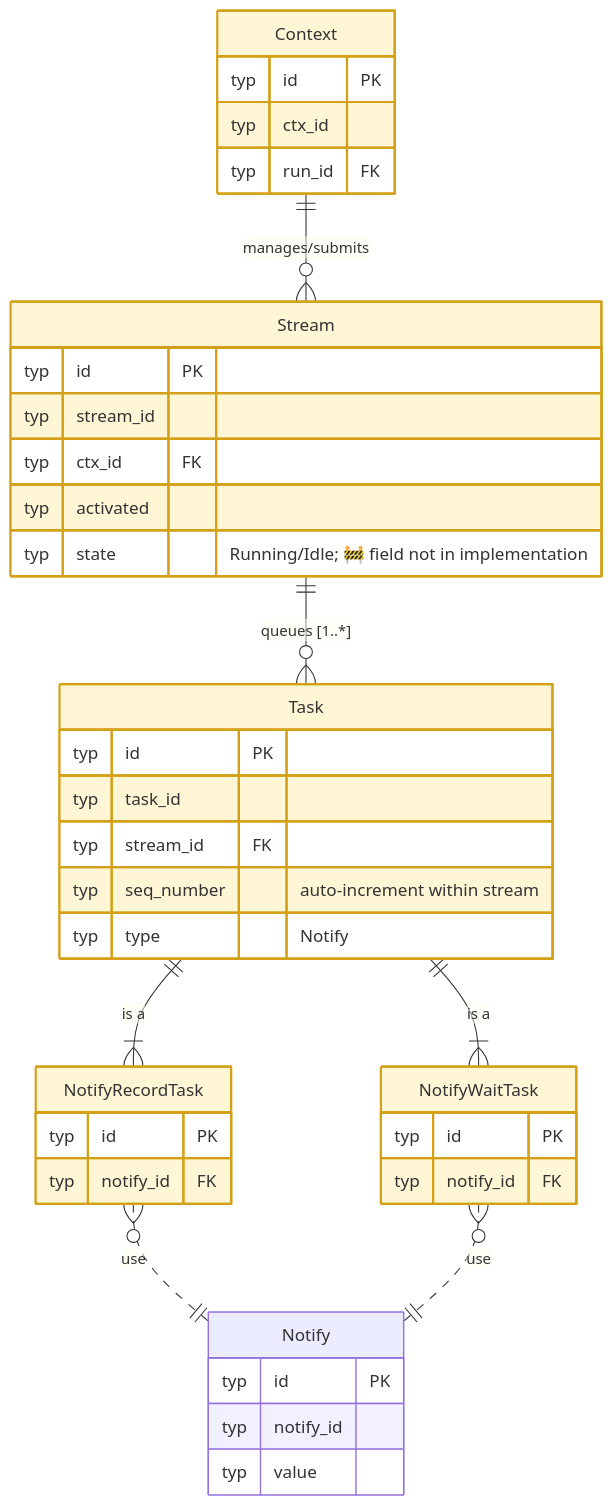
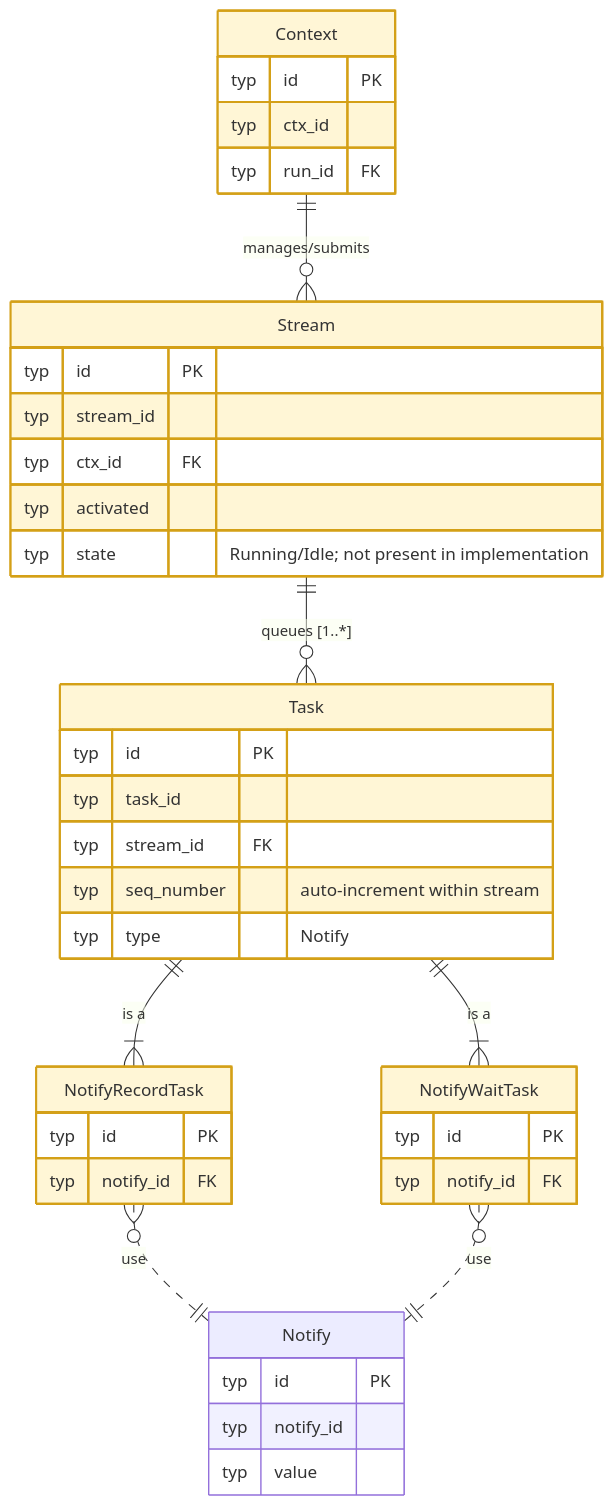
One commit to Atlas-Ascend-Fork/hcomm changed the ninth of 19 diagrams in test/hccl_vm/docs/simulator_runner_data_model_en.md. Above: the diagram before and after it, drawn with Mermaid. The commit also changed other lines of this file and 171 other files, not shown here.

````diff
--- a/test/hccl_vm/docs/simulator_runner_data_model_en.md
+++ b/test/hccl_vm/docs/simulator_runner_data_model_en.md
@@ -796,57 +820,57 @@
 ```mermaid
 erDiagram
     Context {
         typ id PK
         typ ctx_id
         typ run_id FK
     }
 
     Stream {
         typ id PK
         typ stream_id
         typ ctx_id FK
         typ activated
-        typ state "Running/Idle; 🚧 field not in implementation"
+        typ state "Running/Idle; not present in implementation"
     }
-    %% Implementation has no state field; run state is expressed by activated/capture_status/task_complete_status
+    %% Implementation does not have a state field; runtime state is expressed by activated/capture_status/task_complete_status
 
     %% Stream contains an ordered task list
     Context ||--o{ Stream : "manages/submits"
     Stream ||--o{ Task : "queues [1..*]"
 
     Task {
         typ id PK
         typ task_id
         typ stream_id FK
         typ seq_number "auto-increment within stream"
         typ type "Notify"
     }
 
-    %% Various specific Task types (logical inheritance)
+    %% Various concrete Task types (logical inheritance relationship)
     NotifyRecordTask {
         typ id PK
         typ notify_id FK
 
     }
 
     NotifyWaitTask {
         typ id PK
         typ notify_id FK
     }
 
     NotifyRecordTask }o..|| Notify : "use"
     NotifyWaitTask }o..|| Notify : "use"
     Notify {
         typ id PK
         typ notify_id
         typ value
     }
-    %% Inheritance logical expression (Task has multiple types)
-    %% 🧠 Process-private candidates: Context / Stream / Task (only src/proxy accesses)
-    %% NotifyRecordTask/NotifyWaitTask are discriminated by Task.type (implementation only creates Task table)
+    %% Logical expression of inheritance (Task has multiple kinds)
+    %% Process-private candidates: Context / Stream / Task (accessed only by src/proxy)
+    %% NotifyRecordTask/NotifyWaitTask is distinguished by Task.type (implementation creates only the Task table)
     Task ||--|{ NotifyRecordTask : "is a"
     Task ||--|{ NotifyWaitTask : "is a"
 
     classDef inproc fill:#fff6d6,stroke:#d4a017,stroke-width:2px
     class Context,Stream,Task,NotifyRecordTask,NotifyWaitTask inproc
 ```
````
